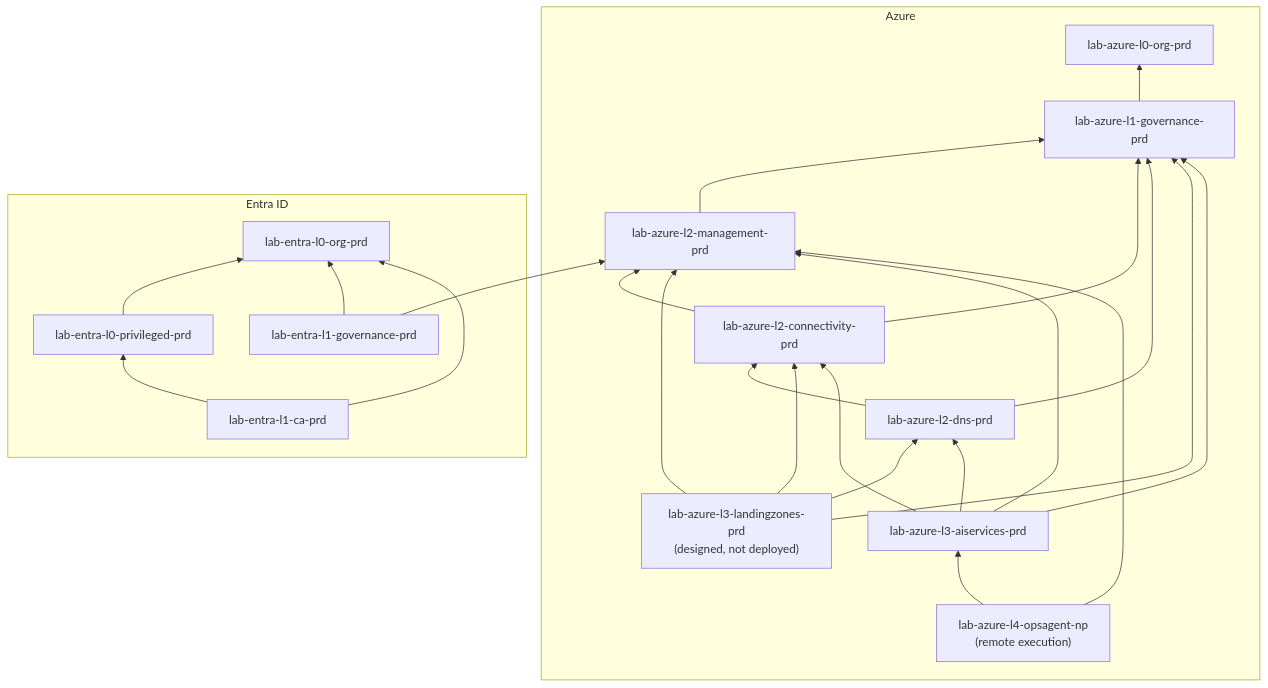
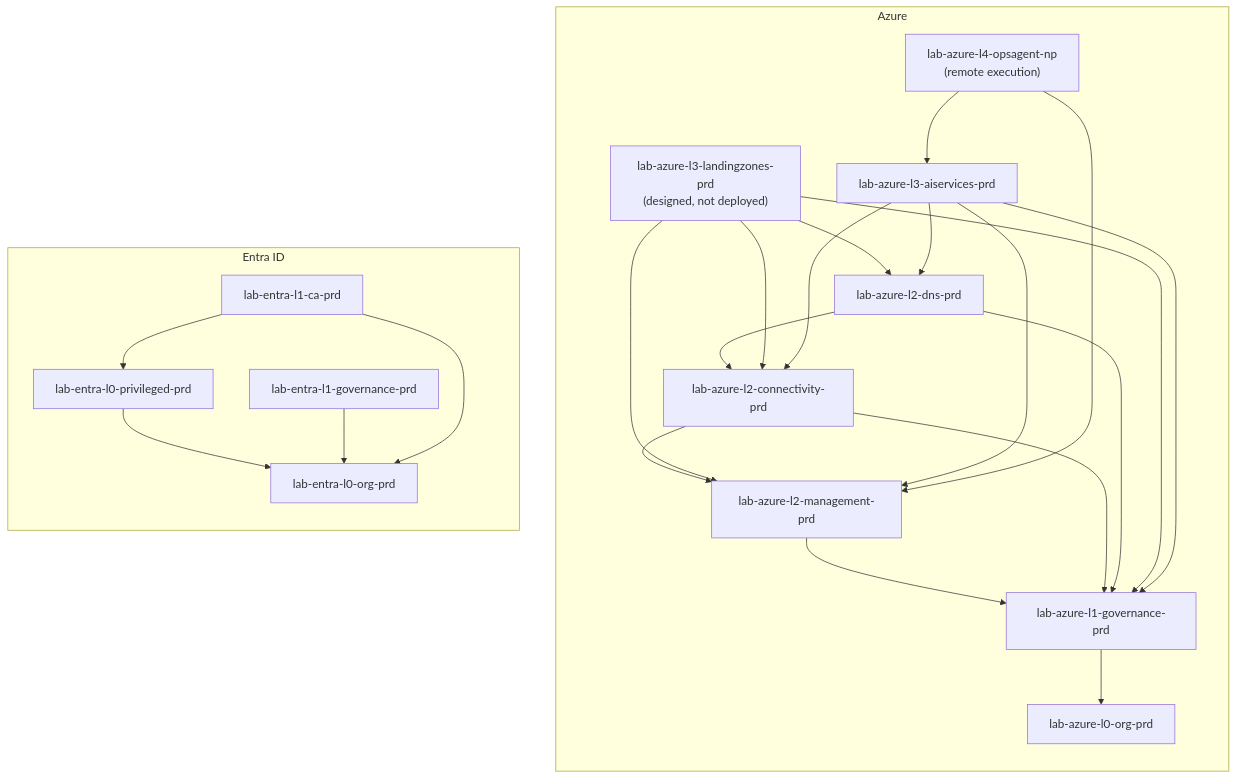
One commit to BinuForge/azure-landing-zone-entra-baseline changed the diagram in docs/architecture/dependency-graph.md. Above: the diagram before and after it, drawn with Mermaid. The commit also changed other lines of this file and 31 other files, not shown here.

Commit message:
feat(entra): Entra pipeline identities with least-privilege Graph permissions (#54)

````diff
--- a/docs/architecture/dependency-graph.md
+++ b/docs/architecture/dependency-graph.md
@@ -7,43 +7,42 @@
 ```mermaid
 flowchart BT
   subgraph azure["Azure"]
     a0["lab-azure-l0-org-prd"]
     a1["lab-azure-l1-governance-prd"]
     a2m["lab-azure-l2-management-prd"]
     a2c["lab-azure-l2-connectivity-prd"]
     a2d["lab-azure-l2-dns-prd"]
     a3["lab-azure-l3-landingzones-prd<br/>(designed, not deployed)"]
     a3ai["lab-azure-l3-aiservices-prd"]
     a4["lab-azure-l4-opsagent-np<br/>(remote execution)"]
   end
 
   subgraph entra["Entra ID"]
     e0o["lab-entra-l0-org-prd"]
     e0p["lab-entra-l0-privileged-prd"]
     e1g["lab-entra-l1-governance-prd"]
     e1c["lab-entra-l1-ca-prd"]
   end
 
   a1 --> a0
   a2m --> a1
   a2c --> a1
   a2c --> a2m
   a2d --> a1
   a2d --> a2c
   a3 --> a1
   a3 --> a2m
   a3 --> a2c
   a3 --> a2d
   a3ai --> a1
   a3ai --> a2m
   a3ai --> a2c
   a3ai --> a2d
   a4 --> a2m
   a4 --> a3ai
 
   e0p --> e0o
   e1g --> e0o
-  e1g --> a2m
   e1c --> e0o
   e1c --> e0p
 ```
````
